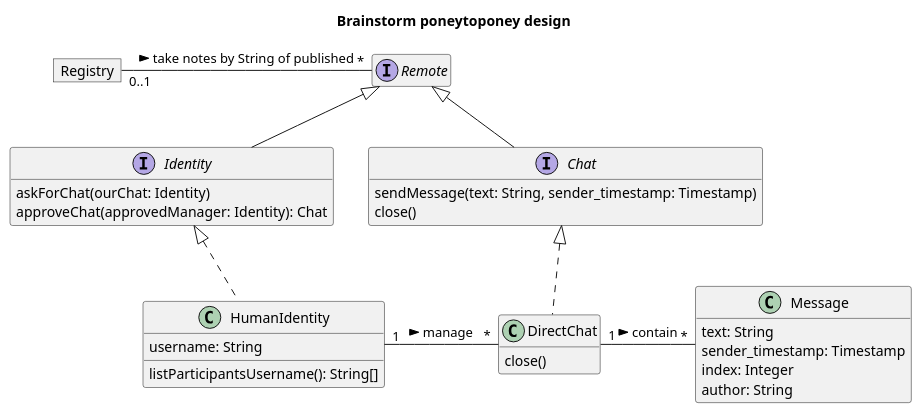
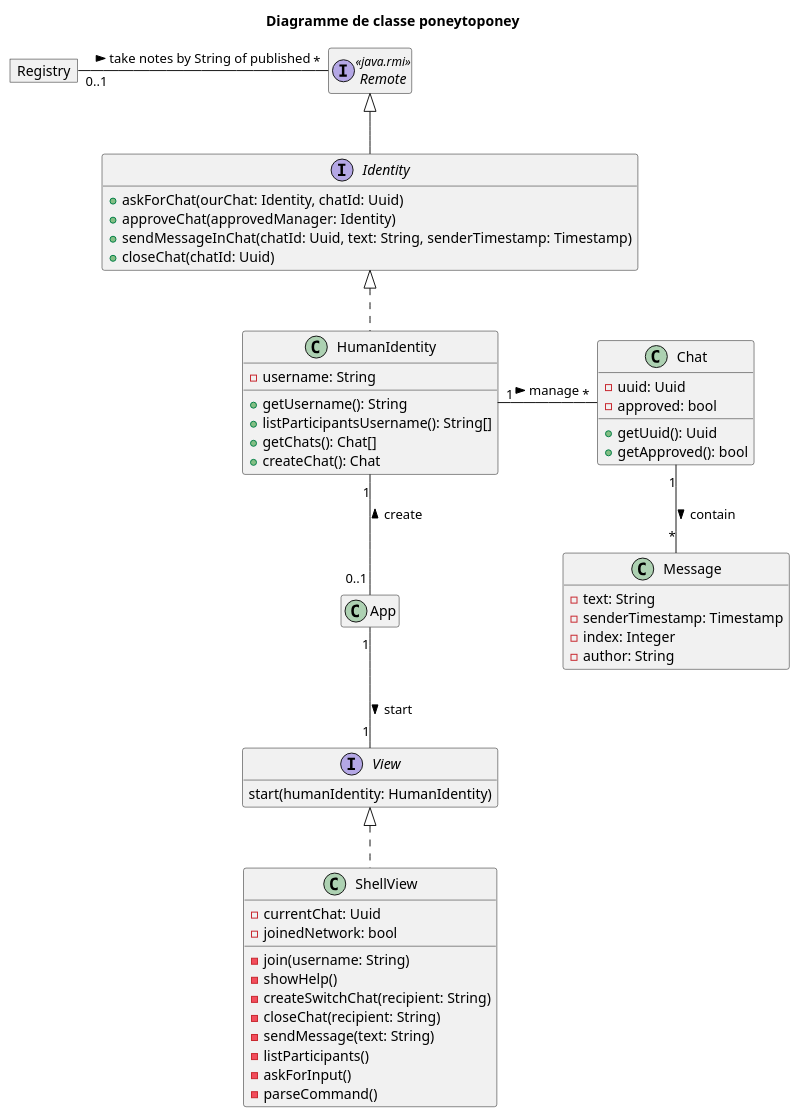
Before and after one commit to samuelroland/poneytoponey: the diagram in docs/class.puml, drawn with PlantUML. The commit also changed 1 other file, not shown here.

Commit message:
New version of class diagram with View and a single distributed object

```diff
--- a/docs/class.puml
+++ b/docs/class.puml
@@ -1,40 +1,66 @@
-@startuml brainstorm
+@startuml class
 
-title "Brainstorm poneytoponey design"
+title "Diagramme de classe poneytoponey"
 
 hide empty members
 
-interface Chat extends Remote {
-    sendMessage(text: String, sender_timestamp: Timestamp)
-    close()
+interface Remote <<java.rmi>>
+
+class App
+HumanIdentity "1"--"0..1" App: create <
+App "1"--"1" View: start >
+
+interface View {
+    start(humanIdentity: HumanIdentity)
 }
 
-class DirectChat implements Chat {
-    close()
+class ShellView implements View {
+    - currentChat: Uuid
+    - joinedNetwork: bool
+    - join(username: String)
+    - showHelp()
+    - createSwitchChat(recipient: String)
+    - closeChat(recipient: String)
+    - sendMessage(text: String)
+    - listParticipants()
+    - askForInput()
+    - parseCommand()
+}
+
+class Chat {
+    -uuid: Uuid
+    -approved: bool
+    +getUuid(): Uuid
+    +getApproved(): bool
 }
 
 interface Identity extends Remote {
-    askForChat(ourChat: Identity)
-    approveChat(approvedManager: Identity): Chat
+    +askForChat(ourChat: Identity, chatId: Uuid)
+    +approveChat(approvedManager: Identity)
+    +sendMessageInChat(chatId: Uuid, text: String, senderTimestamp: Timestamp)
+    +closeChat(chatId: Uuid)
 }
 
 class HumanIdentity implements Identity {
-    username: String
-    listParticipantsUsername(): String[]
+    -username: String
+    +getUsername(): String
+    +listParticipantsUsername(): String[]
+    +getChats(): Chat[]
+    +createChat(): Chat
 }
 
-HumanIdentity "1"-"*" DirectChat: manage >
-DirectChat "1"-"*" Message: contain >
+HumanIdentity "1"-"*" Chat: manage >
+Chat "1"--"*" Message: contain >
 
 class Message {
-    text: String
-    sender_timestamp: Timestamp
-    index: Integer
-    author: String
+    -text: String
+    -senderTimestamp: Timestamp
+    -index: Integer
+    -author: String
 }
 
 object Registry
 
 Registry "0..1"-"*" Remote: take notes by String of published >
 
 @enduml
```
